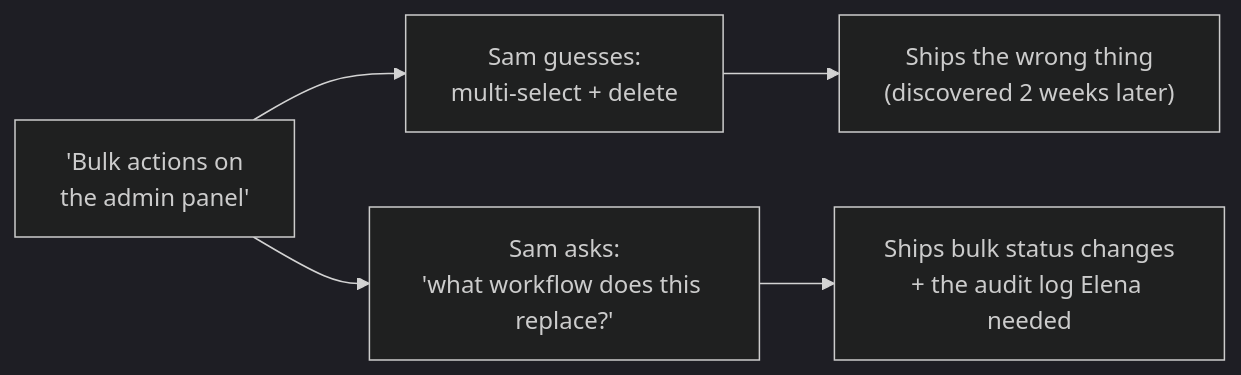
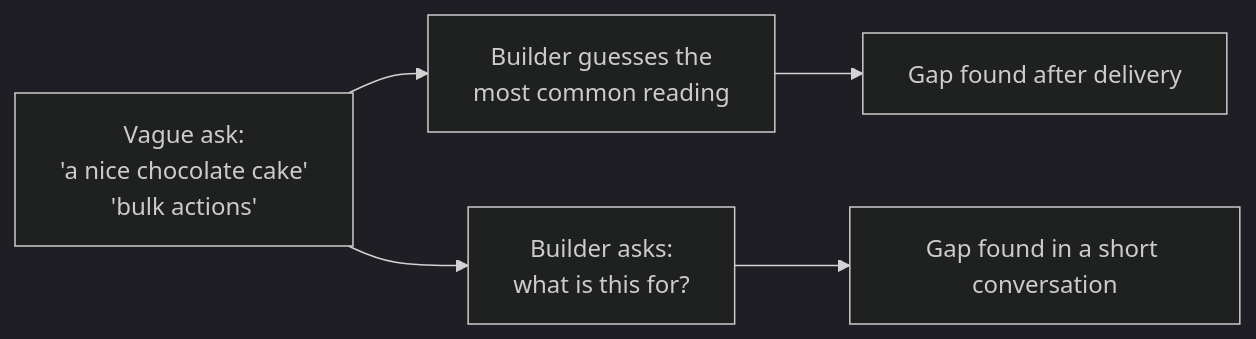
Before and after one commit to francoandreDev/knowledge: the diagram in src/content/product-domain/requirements-gathering/L1-summary.mdx, drawn with Mermaid (dark theme). The commit also changed other lines of this file and 3 other files, not shown here.

````diff
--- a/src/content/product-domain/requirements-gathering/L1-summary.mdx
+++ b/src/content/product-domain/requirements-gathering/L1-summary.mdx
@@ -66,7 +110,7 @@
 ```mermaid
 flowchart LR
-    Ticket["'Bulk actions on\nthe admin panel'"] --> Guess["Sam guesses:\nmulti-select + delete"]
-    Ticket --> Ask["Sam asks:\n'what workflow does this replace?'"]
-    Guess --> Wrong["Ships the wrong thing\n(discovered 2 weeks later)"]
-    Ask --> Right["Ships bulk status changes\n+ the audit log Elena needed"]
+    Ask["Vague ask:\n'a nice chocolate cake'\n'bulk actions'"] --> Guess["Builder guesses the\nmost common reading"]
+    Ask --> Probe["Builder asks:\nwhat is this for?"]
+    Guess --> Late["Gap found after delivery"]
+    Probe --> Early["Gap found in a short conversation"]
 ```
````
